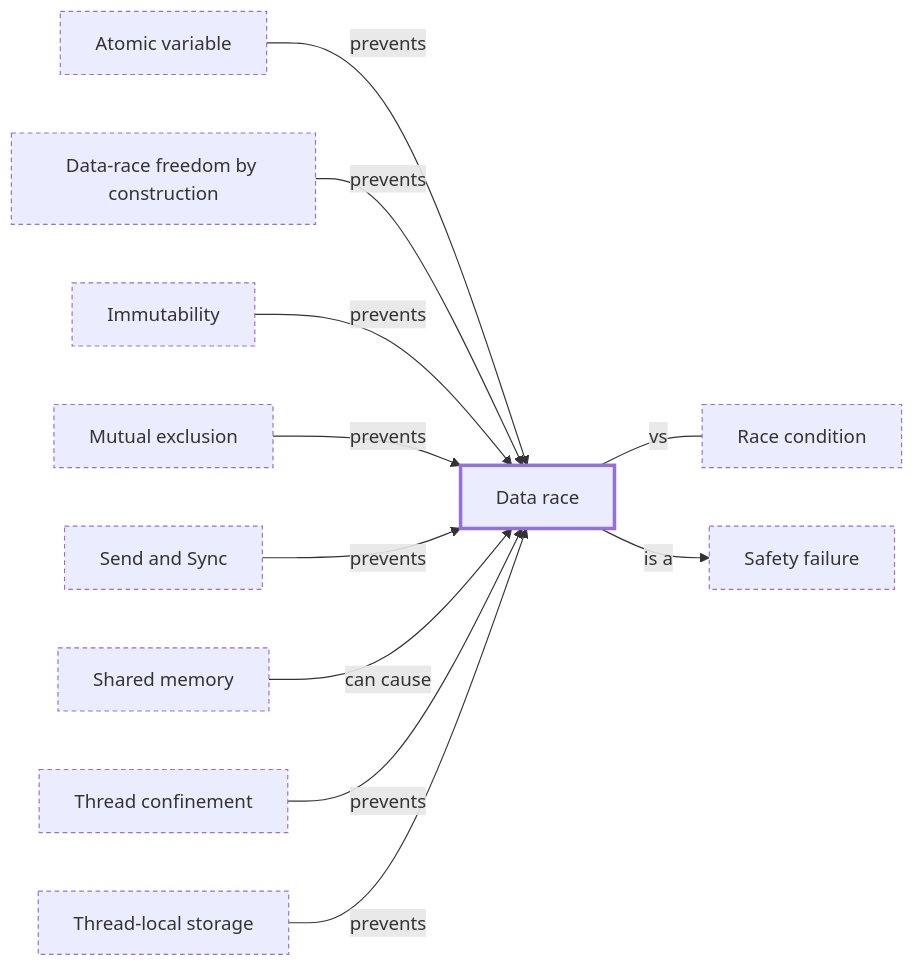
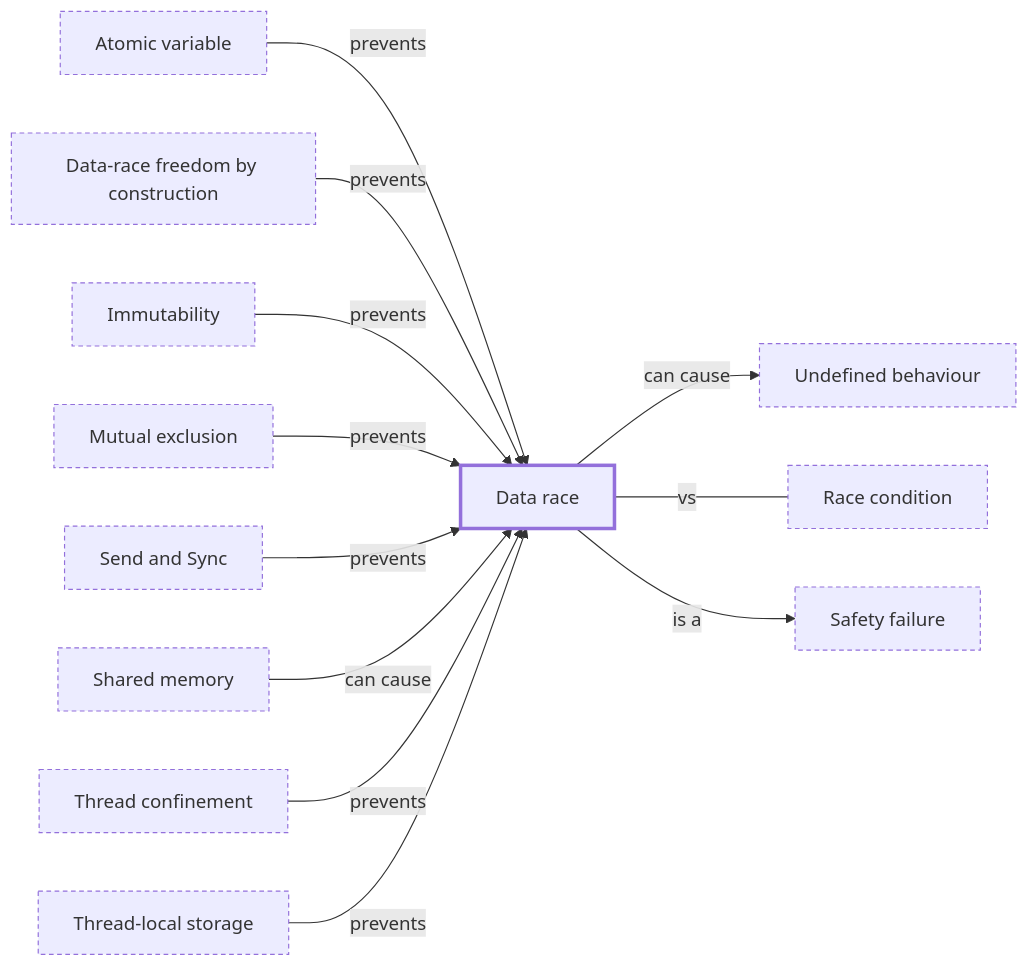
The diagram in 11_Concepts/hazards/data_race/README.md (masiarek/concurrency-learning-library), drawn with Mermaid before and after one commit. The commit also changed other lines of this file and 44 other files, not shown here.

First line of the commit message:
Chapter 01: can a thread borrow a local? scope against pthread_join

````diff
--- a/11_Concepts/hazards/data_race/README.md
+++ b/11_Concepts/hazards/data_race/README.md
@@ -11,28 +11,30 @@
 ```mermaid
 flowchart LR
   n_atomic_variable["Atomic variable"]
   n_data_race["Data race"]
   n_data_race_freedom["Data-race freedom by construction"]
   n_immutability["Immutability"]
   n_mutual_exclusion["Mutual exclusion"]
   n_race_condition["Race condition"]
   n_safety_failure["Safety failure"]
   n_send_and_sync["Send and Sync"]
   n_shared_memory["Shared memory"]
   n_thread_confinement["Thread confinement"]
   n_thread_local_storage["Thread-local storage"]
+  n_undefined_behaviour["Undefined behaviour"]
   n_atomic_variable -->|prevents| n_data_race
+  n_data_race -->|can cause| n_undefined_behaviour
   n_data_race ---|vs| n_race_condition
   n_data_race -->|is a| n_safety_failure
   n_data_race_freedom -->|prevents| n_data_race
   n_immutability -->|prevents| n_data_race
   n_mutual_exclusion -->|prevents| n_data_race
   n_send_and_sync -->|prevents| n_data_race
   n_shared_memory -->|can cause| n_data_race
   n_thread_confinement -->|prevents| n_data_race
   n_thread_local_storage -->|prevents| n_data_race
   classDef center stroke-width:3px
   class n_data_race center
   classDef outside stroke-dasharray: 4 3
-  class n_atomic_variable,n_data_race_freedom,n_immutability,n_mutual_exclusion,n_race_condition,n_safety_failure,n_send_and_sync,n_shared_memory,n_thread_confinement,n_thread_local_storage outside
+  class n_atomic_variable,n_data_race_freedom,n_immutability,n_mutual_exclusion,n_race_condition,n_safety_failure,n_send_and_sync,n_shared_memory,n_thread_confinement,n_thread_local_storage,n_undefined_behaviour outside
 ```
````
